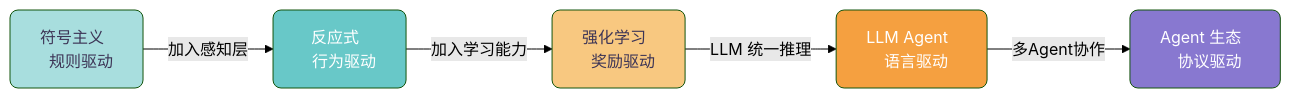
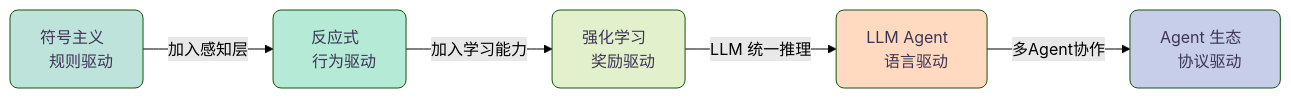
The seventh of 12 diagrams in _posts/2026-04-15-ai-agent.md (caoping0623/caoping0623.github.io), drawn with Mermaid (forest theme) before and after one commit. The commit also changed other lines of this file, not shown here.

First line of the commit message:
style: update all mermaid diagram node colors to macaron (pastel) palette

```diff
--- a/_posts/2026-04-15-ai-agent.md
+++ b/_posts/2026-04-15-ai-agent.md
@@ -231,13 +231,13 @@
 <div class="mermaid">
 graph LR
     A["&nbsp; 符号主义 &nbsp;<br/>&nbsp; 规则驱动 &nbsp;"] -->|加入感知层| B["&nbsp; 反应式 &nbsp;<br/>&nbsp; 行为驱动 &nbsp;"]
     B -->|加入学习能力| C["&nbsp; 强化学习 &nbsp;<br/>&nbsp; 奖励驱动 &nbsp;"]
     C -->|LLM 统一推理| D["&nbsp; LLM Agent &nbsp;<br/>&nbsp; 语言驱动 &nbsp;"]
     D -->|多Agent协作| E["&nbsp; Agent 生态 &nbsp;<br/>&nbsp; 协议驱动 &nbsp;"]
 
-    style A fill:#a8dede,color:#3d3556,rx:8,ry:8
-    style B fill:#68c8c8,color:#ffffff,rx:8,ry:8
-    style C fill:#f8c880,color:#3d3556,rx:8,ry:8
-    style D fill:#f5a040,color:#ffffff,rx:8,ry:8
-    style E fill:#8878d0,color:#ffffff,rx:8,ry:8
+    style A fill:#bee3db,color:#3d3556,rx:8,ry:8
+    style B fill:#b5ead7,color:#3d3556,rx:8,ry:8
+    style C fill:#e2f0cb,color:#3d3556,rx:8,ry:8
+    style D fill:#ffdac1,color:#3d3556,rx:8,ry:8
+    style E fill:#c7ceea,color:#3d3556,rx:8,ry:8
 </div>
```
